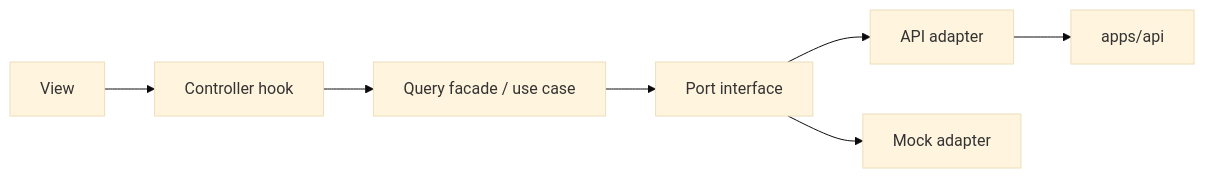
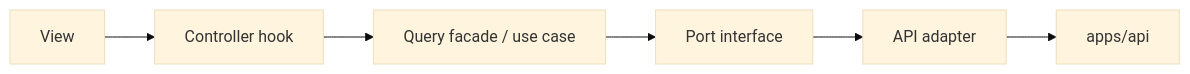
One commit to dunay2/dvt changed the fourth of 6 diagrams in docs/architecture/components/web/frontend-data-boundary-architecture.md. Above: the diagram before and after it, drawn with Mermaid (base theme). The commit also changed other lines of this file and 10 other files, not shown here.

````diff
--- a/docs/architecture/components/web/frontend-data-boundary-architecture.md
+++ b/docs/architecture/components/web/frontend-data-boundary-architecture.md
@@ -91,9 +90,8 @@
 ```mermaid
 flowchart LR
   View["View"] --> Hook["Controller hook"]
   Hook --> Facade["Query facade / use case"]
   Facade --> Port["Port interface"]
   Port --> ApiAdapter["API adapter"]
-  Port --> MockAdapter["Mock adapter"]
   ApiAdapter --> Api["apps/api"]
 ```
````
